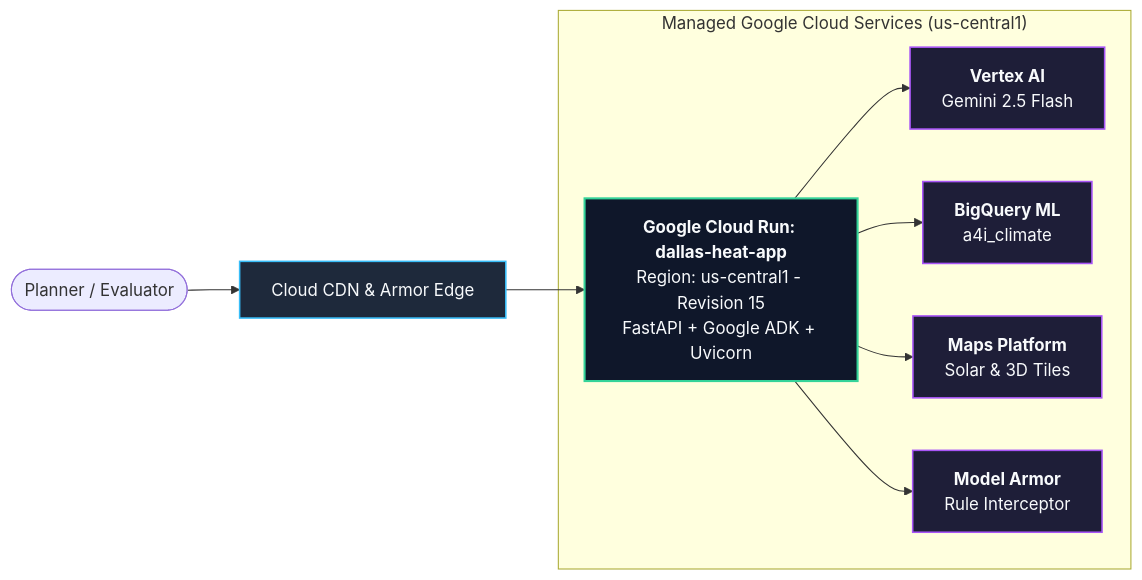
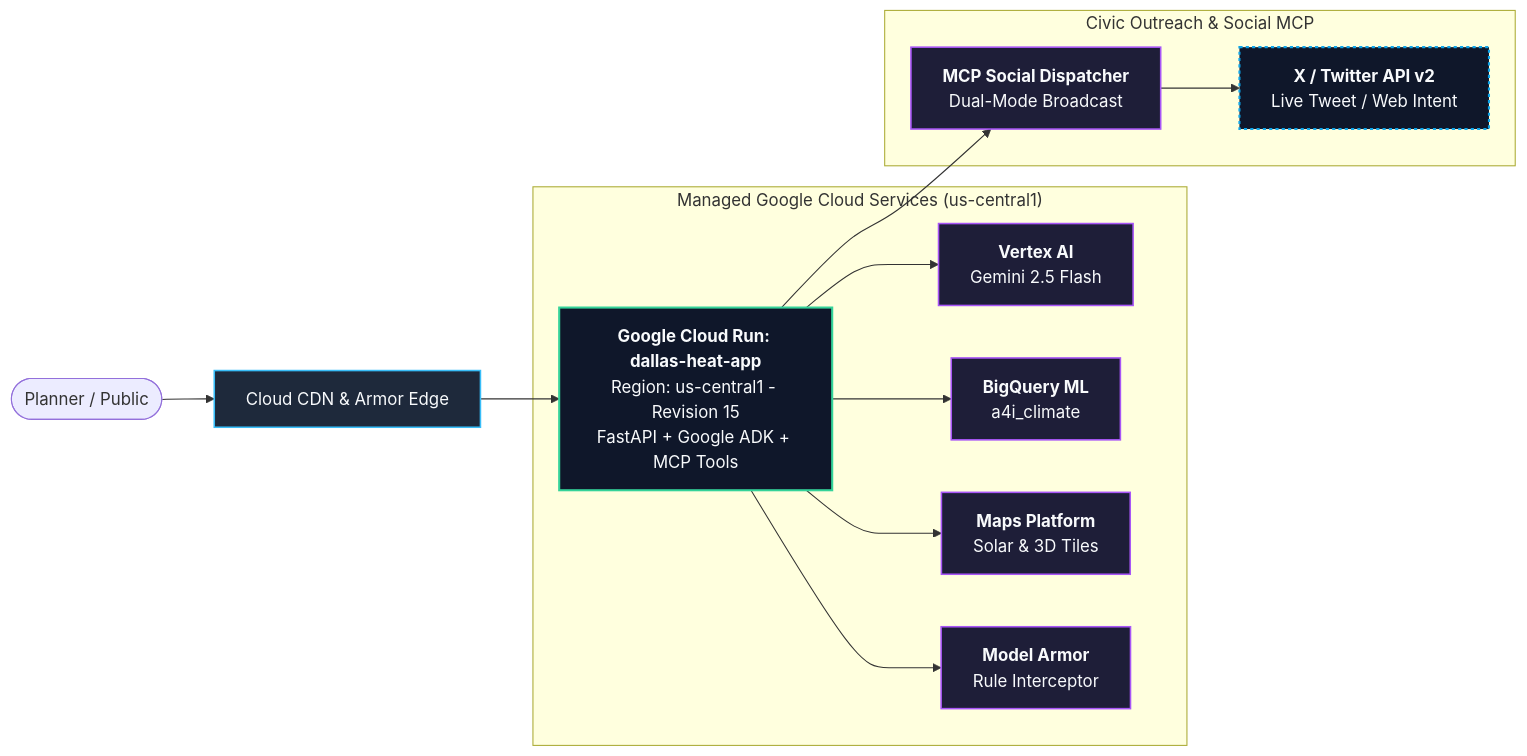
The second of 2 diagrams in ARCHITECTURE.md (UrbanHeatOrg/UrbanHeat), drawn with Mermaid before and after one commit. The commit also changed other lines of this file, not shown here.

Commit message:
docs(architecture): update system diagram, Cloud Run topology, and demo moments with MCP Social X/Twitter integration

````diff
--- a/ARCHITECTURE.md
+++ b/ARCHITECTURE.md
@@ -53,17 +64,22 @@
 ```mermaid
 graph LR
     classDef edge fill:#1e293b,stroke:#38bdf8,stroke-width:1.5px,color:#f8fafc;
     classDef compute fill:#0f172a,stroke:#34d399,stroke-width:2px,color:#f8fafc;
     classDef managed fill:#1e1e38,stroke:#a855f7,stroke-width:1.5px,color:#f8fafc;
+    classDef external fill:#0f172a,stroke:#0ea5e9,stroke-width:2px,stroke-dasharray: 3 3,color:#f8fafc;
 
-    User([Planner / Evaluator]) --> CDN[Cloud CDN & Armor Edge]:::edge
-    CDN --> Run["<b>Google Cloud Run: dallas-heat-app</b><br/>Region: us-central1 - Revision 15<br/>FastAPI + Google ADK + Uvicorn"]:::compute
-
+    User([Planner / Public]) --> CDN[Cloud CDN & Armor Edge]:::edge
+    CDN --> Run["<b>Google Cloud Run: dallas-heat-app</b><br/>Region: us-central1 - Revision 15<br/>FastAPI + Google ADK + MCP Tools"]:::compute
 
     subgraph GCPManaged ["Managed Google Cloud Services (us-central1)"]
         Run --> Vertex[<b>Vertex AI</b><br/>Gemini 2.5 Flash]:::managed
         Run --> BQ[<b>BigQuery ML</b><br/>a4i_climate]:::managed
         Run --> Maps[<b>Maps Platform</b><br/>Solar & 3D Tiles]:::managed
         Run --> ArmorSvc[<b>Model Armor</b><br/>Rule Interceptor]:::managed
     end
+
+    subgraph MCPOutbound ["Civic Outreach & Social MCP"]
+        Run --> MCPTool[<b>MCP Social Dispatcher</b><br/>Dual-Mode Broadcast]:::managed
+        MCPTool --> XNet[<b>X / Twitter API v2</b><br/>Live Tweet / Web Intent]:::external
+    end
 ```
````
